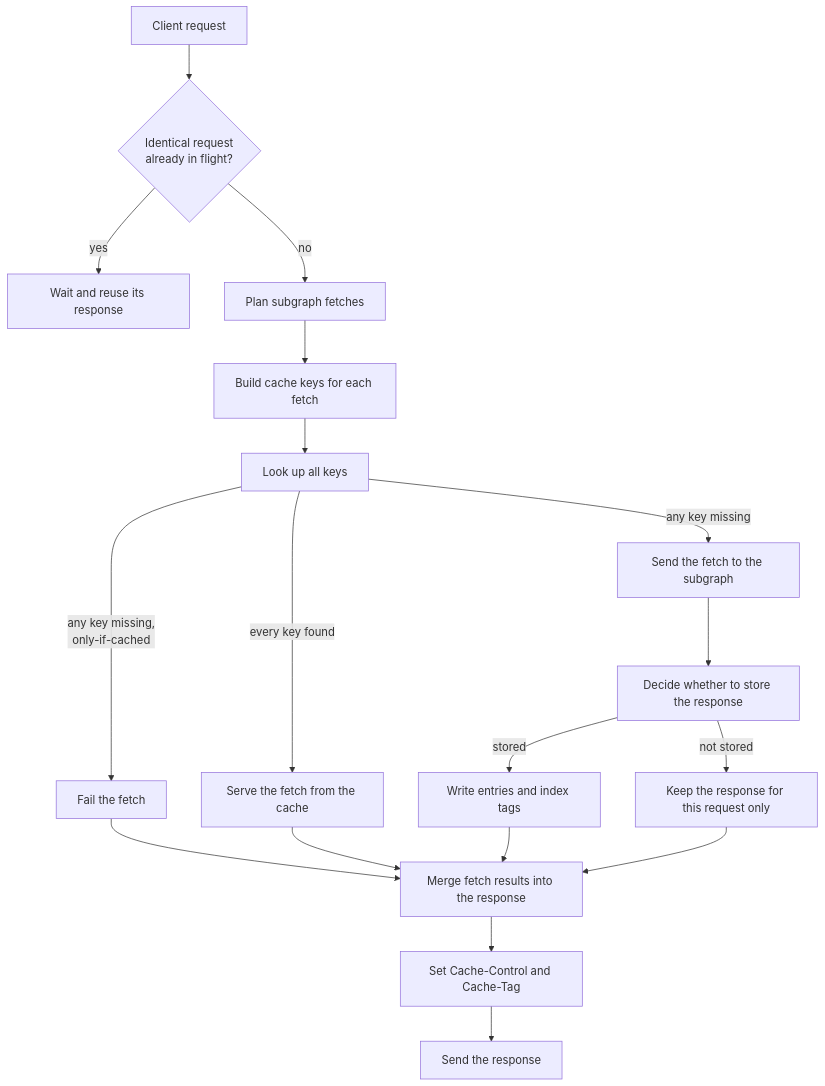
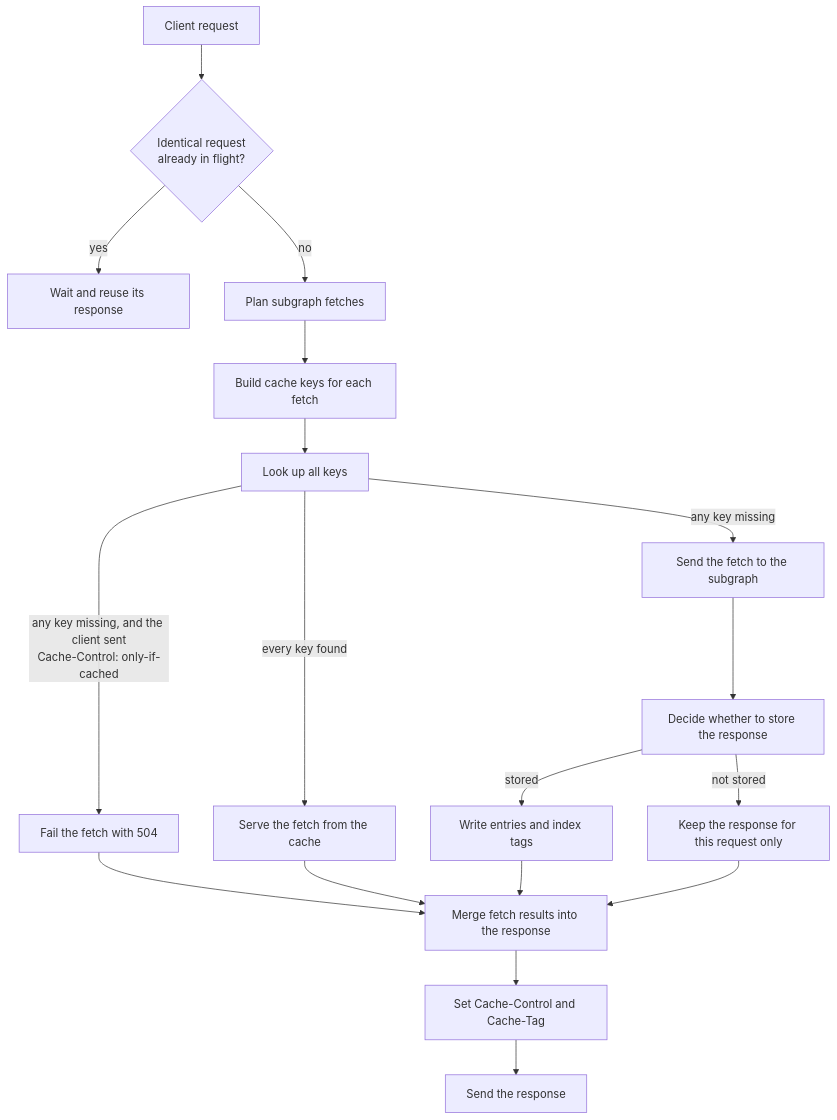
Before and after one commit to wundergraph/cosmo: the diagram in docs-website/router/response-cache/how-it-works.mdx, drawn with Mermaid.

Commit message:
docs(router): clarify only-if-cached in lifecycle diagram

````diff
--- a/docs-website/router/response-cache/how-it-works.mdx
+++ b/docs-website/router/response-cache/how-it-works.mdx
@@ -18,20 +18,20 @@
 ```mermaid
 flowchart TD
   A[Client request] --> B{Identical request<br/>already in flight?}
   B -- yes --> C[Wait and reuse its response]
   B -- no --> D[Plan subgraph fetches]
   D --> E[Build cache keys for each fetch]
   E --> F[Look up all keys]
   F -- every key found --> G[Serve the fetch from the cache]
   F -- any key missing --> H[Send the fetch to the subgraph]
-  F -- any key missing,<br/>only-if-cached --> X[Fail the fetch]
+  F -- "any key missing, and the client sent<br/>Cache-Control: only-if-cached" --> X[Fail the fetch with 504]
   X --> L
   H --> I[Decide whether to store the response]
   I -- stored --> J[Write entries and index tags]
   I -- not stored --> K[Keep the response for this request only]
   G --> L[Merge fetch results into the response]
   J --> L
   K --> L
   L --> M[Set Cache-Control and Cache-Tag]
   M --> N[Send the response]
 ```
````
